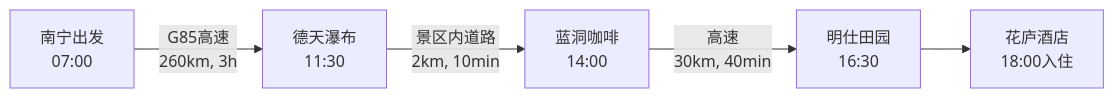
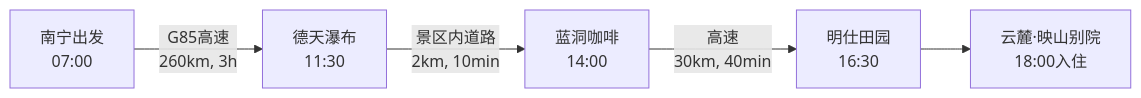
Before and after one commit to yzfneo/yzfneo.github.io: the third of 4 diagrams in _posts/2025-12-09-guangxi-travel.md, drawn with Mermaid. The commit also changed other lines of this file, not shown here.

````diff
--- a/_posts/2025-12-09-guangxi-travel.md
+++ b/_posts/2025-12-09-guangxi-travel.md
@@ -113,8 +124,8 @@
 ```mermaid
 graph LR
     A[南宁出发<br/>07:00]
     A -->|G85高速<br/>260km, 3h| B[德天瀑布<br/>11:30]
     B -->|景区内道路<br/>2km, 10min| C[蓝洞咖啡<br/>14:00]
     C -->|高速<br/>30km, 40min| D[明仕田园<br/>16:30]
-    D --> E[花庐酒店<br/>18:00入住]
+    D --> E[云麓·映山别院<br/>18:00入住]
 ```
````
